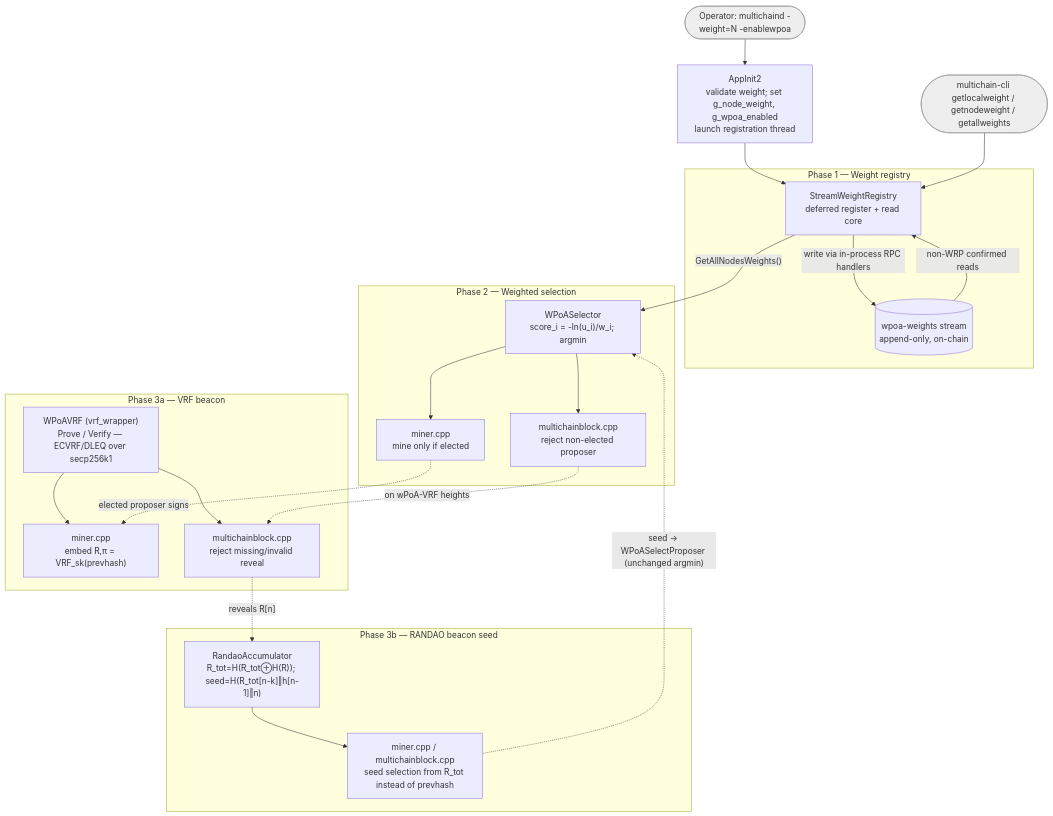
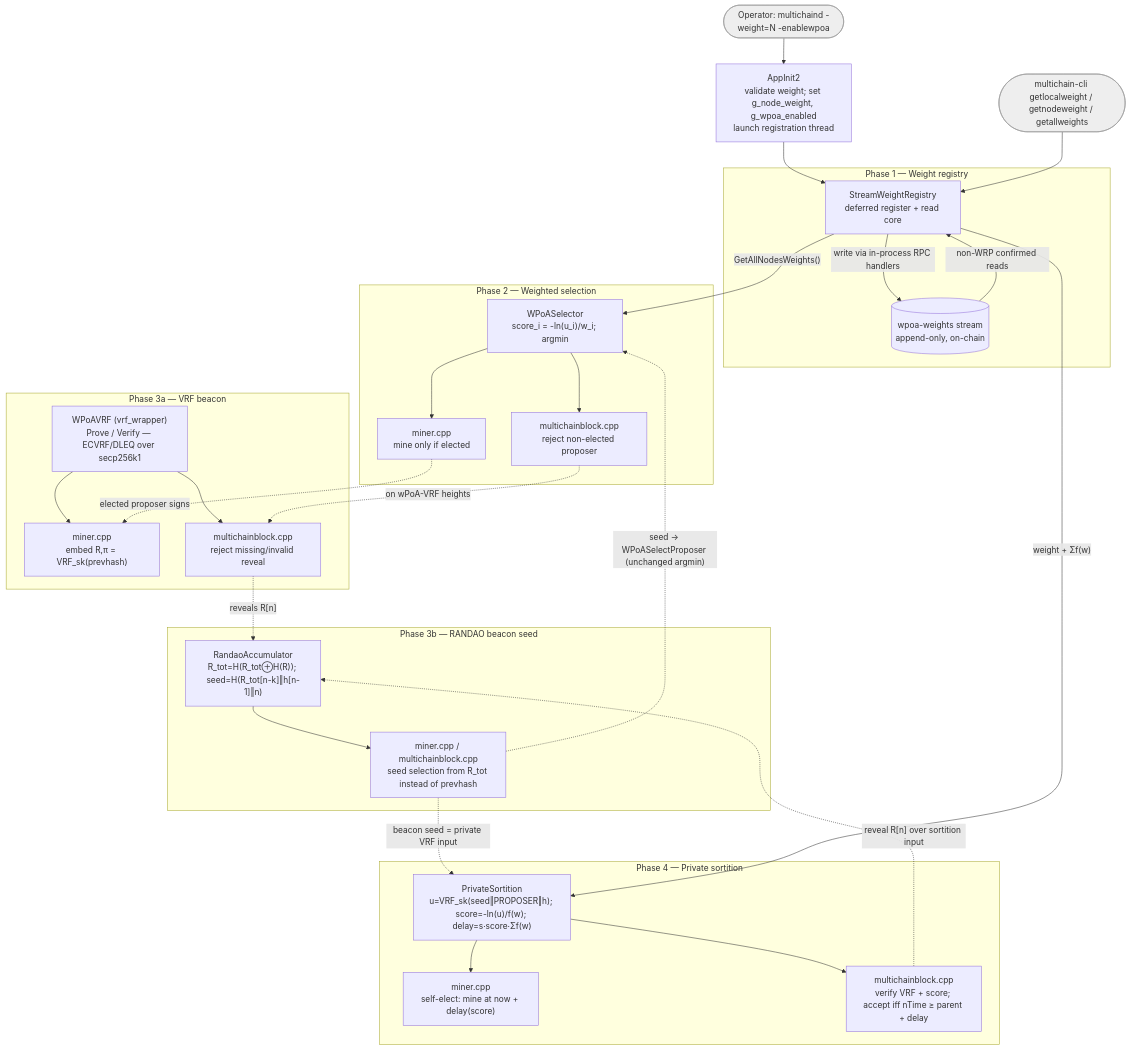
The diagram in src/wpoa/README.md (FeMattu/multichain), drawn with Mermaid before and after one commit. The commit also changed other lines of this file and 17 other files, not shown here.

Commit message:
Implemented private sortition without gossip window

````diff
--- a/src/wpoa/README.md
+++ b/src/wpoa/README.md
@@ -72,44 +84,55 @@
 ```mermaid
 flowchart TD
     OP([Operator: multichaind -weight=N -enablewpoa]):::ext --> INIT
     INIT["AppInit2<br/>validate weight; set g_node_weight, g_wpoa_enabled<br/>launch registration thread"]
 
     subgraph P1 [Phase 1 — Weight registry]
         REG["StreamWeightRegistry<br/>deferred register + read core"]
         STREAM[(wpoa-weights stream<br/>append-only, on-chain)]
         REG -->|write via in-process RPC handlers| STREAM
         STREAM -->|non-WRP confirmed reads| REG
     end
 
     subgraph P2 [Phase 2 — Weighted selection]
         SEL["WPoASelector<br/>score_i = -ln(u_i)/w_i; argmin"]
         MINE["miner.cpp<br/>mine only if elected"]
         VAL["multichainblock.cpp<br/>reject non-elected proposer"]
         SEL --> MINE
         SEL --> VAL
     end
 
     subgraph P3A [Phase 3a — VRF beacon]
         VRF["WPoAVRF (vrf_wrapper)<br/>Prove / Verify — ECVRF/DLEQ over secp256k1"]
         MVRF["miner.cpp<br/>embed R,π = VRF_sk(prevhash)"]
         VVRF["multichainblock.cpp<br/>reject missing/invalid reveal"]
         VRF --> MVRF
         VRF --> VVRF
     end
 
     subgraph P3B [Phase 3b — RANDAO beacon seed]
         RND["RandaoAccumulator<br/>R_tot=H(R_tot⊕H(R)); seed=H(R_tot[n-k]‖h[n-1]‖n)"]
         RSEED["miner.cpp / multichainblock.cpp<br/>seed selection from R_tot instead of prevhash"]
         RND --> RSEED
     end
 
+    subgraph P4 [Phase 4 — Private sortition]
+        PS["PrivateSortition<br/>u=VRF_sk(seed‖PROPOSER‖h); score=-ln(u)/f(w); delay=s·score·Σf(w)"]
+        PMINE["miner.cpp<br/>self-elect: mine at now + delay(score)"]
+        PVAL["multichainblock.cpp<br/>verify VRF + score; accept iff nTime ≥ parent + delay"]
+        PS --> PMINE
+        PS --> PVAL
+    end
+
     INIT --> REG
     REG -->|"GetAllNodesWeights()"| SEL
     MINE -.->|"elected proposer signs"| MVRF
     VAL -.->|"on wPoA-VRF heights"| VVRF
     VVRF -.->|"reveals R[n]"| RND
     RSEED -.->|"seed &rarr; WPoASelectProposer (unchanged argmin)"| SEL
+    RSEED -.->|"beacon seed = private VRF input"| PS
+    REG -->|"weight + Σf(w)"| PS
+    PVAL -.->|"reveal R[n] over sortition input"| RND
     CLI([multichain-cli getlocalweight / getnodeweight / getallweights]):::ext --> REG
 
     classDef ext fill:#eee,stroke:#999,color:#333;
 ```
````
